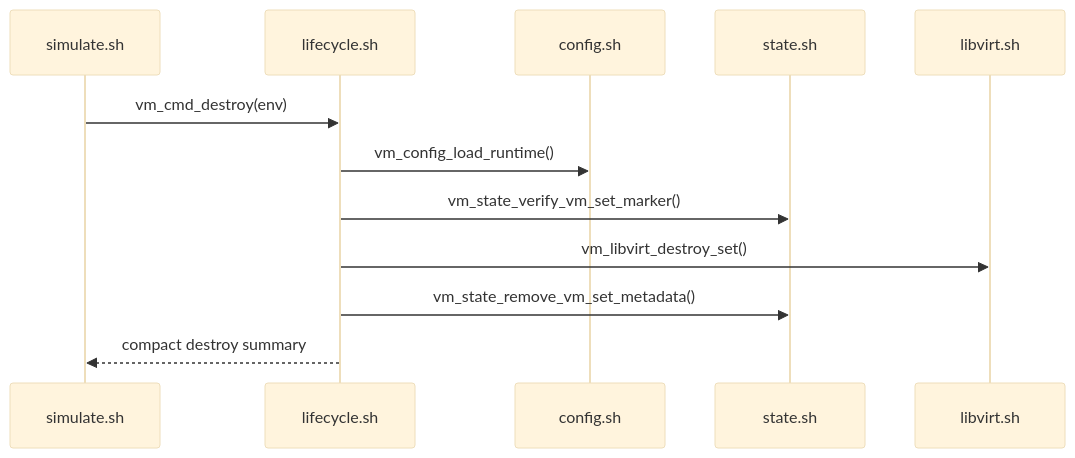
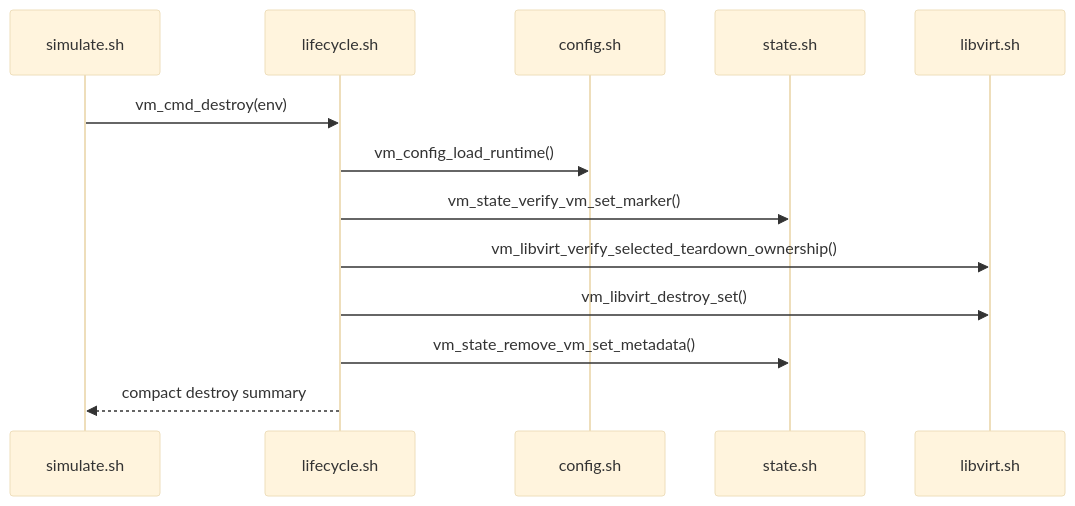
One commit to NoNine/loopforge changed diagram 18 of 19 in simulation/vm/sequences.md. Above: the diagram before and after it, drawn with Mermaid (base theme). The commit also changed other lines of this file and 12 other files, not shown here.

````diff
--- a/simulation/vm/sequences.md
+++ b/simulation/vm/sequences.md
@@ -354,15 +355,16 @@
 ```mermaid
 sequenceDiagram
   participant CLI as simulate.sh
   participant LC as lifecycle.sh
   participant CFG as config.sh
   participant ST as state.sh
   participant LV as libvirt.sh
 
   CLI->>LC: vm_cmd_destroy(env)
   LC->>CFG: vm_config_load_runtime()
   LC->>ST: vm_state_verify_vm_set_marker()
+  LC->>LV: vm_libvirt_verify_selected_teardown_ownership()
   LC->>LV: vm_libvirt_destroy_set()
   LC->>ST: vm_state_remove_vm_set_metadata()
   LC-->>CLI: compact destroy summary
 ```
````
